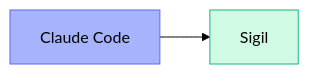
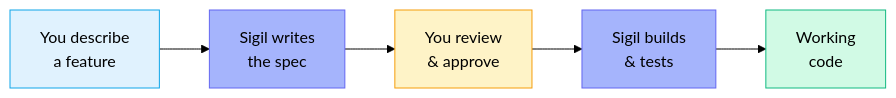
One commit to araserel/sigil-os changed the first of 3 diagrams in README.md. Above: the diagram before and after it, drawn with Mermaid (forest theme). The commit also changed other lines of this file, not shown here.

Commit message:
docs: Revise README for first-time visitors — diagrams, full command surface, streamlined install

````diff
--- a/README.md
+++ b/README.md
@@ -17,7 +17,10 @@
 ```mermaid
 flowchart LR
-    A[Claude Code] --> B[Sigil]
+    A["You describe<br>a feature"] --> B["Sigil writes<br>the spec"] --> C["You review<br>& approve"] --> D["Sigil builds<br>& tests"] --> E["Working<br>code"]
 
-    style A fill:#a5b4fc,stroke:#6366f1
-    style B fill:#d1fae5,stroke:#10b981
+    style A fill:#e0f2fe,stroke:#0ea5e9
+    style B fill:#a5b4fc,stroke:#6366f1
+    style C fill:#fef3c7,stroke:#f59e0b
+    style D fill:#a5b4fc,stroke:#6366f1
+    style E fill:#d1fae5,stroke:#10b981
 ```
````
